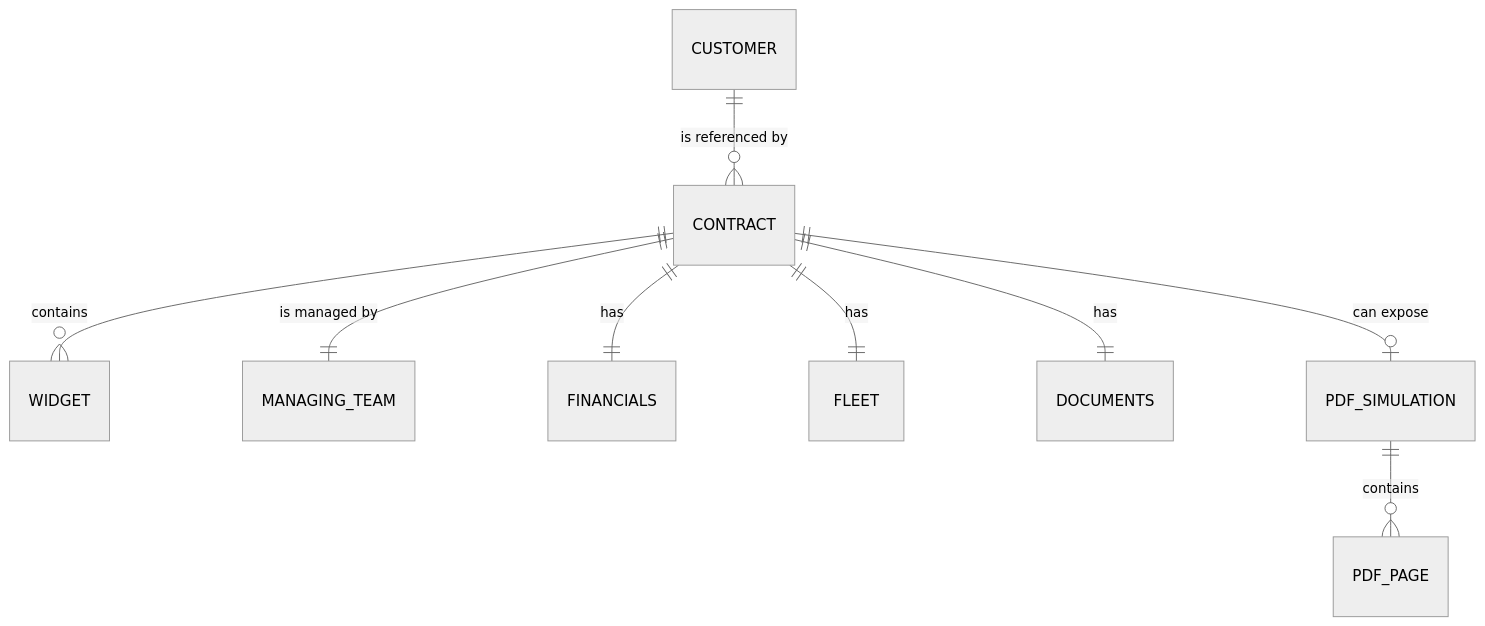
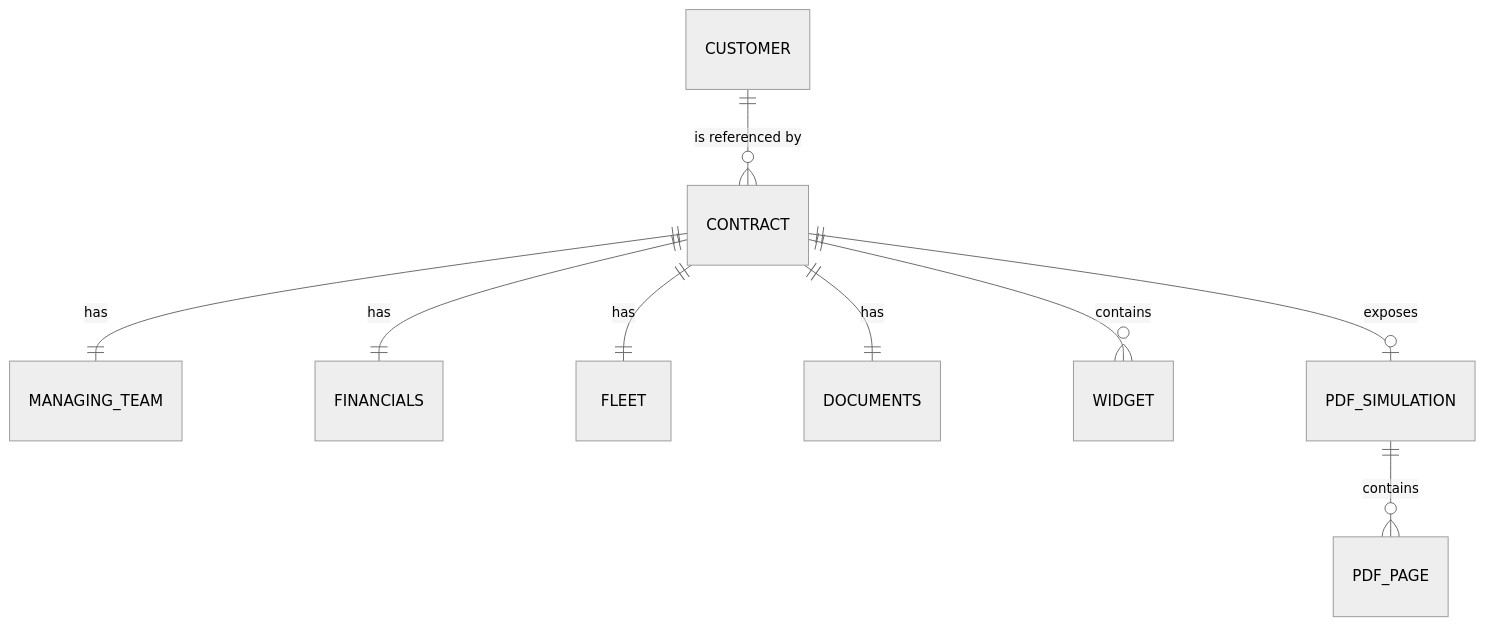
Before and after one commit to quangfr/score: the first of 3 diagrams in docs.md, drawn with Mermaid (neutral theme). The commit also changed other lines of this file and 3 other files, not shown here.

````diff
--- a/docs.md
+++ b/docs.md
@@ -107,11 +176,11 @@
 ```mermaid
 erDiagram
     CUSTOMER ||--o{ CONTRACT : "is referenced by"
-    CONTRACT ||--o{ WIDGET : "contains"
-    CONTRACT ||--|| MANAGING_TEAM : "is managed by"
+    CONTRACT ||--|| MANAGING_TEAM : "has"
     CONTRACT ||--|| FINANCIALS : "has"
     CONTRACT ||--|| FLEET : "has"
     CONTRACT ||--|| DOCUMENTS : "has"
-    CONTRACT ||--o| PDF_SIMULATION : "can expose"
+    CONTRACT ||--o{ WIDGET : "contains"
+    CONTRACT ||--o| PDF_SIMULATION : "exposes"
     PDF_SIMULATION ||--o{ PDF_PAGE : "contains"
 ```
````
